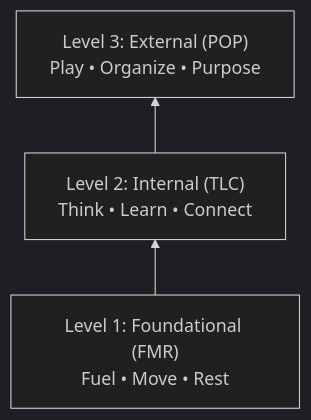
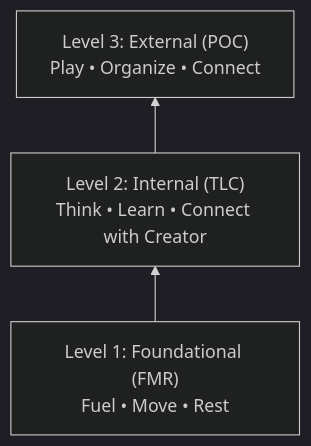
One commit to craigmart/SystemizedHealth changed the diagram in SOPs/Systemized OS Framework.md. Above: the diagram before and after it, drawn with Mermaid (dark theme). The commit also changed other lines of this file and 12 other files, not shown here.

````diff
--- a/SOPs/Systemized OS Framework.md
+++ b/SOPs/Systemized OS Framework.md
@@ -21,9 +21,9 @@
 ```mermaid
 graph BT
     L1["Level 1: Foundational (FMR)<br/>Fuel • Move • Rest"]
-    L2["Level 2: Internal (TLC)<br/>Think • Learn • Connect"]
-    L3["Level 3: External (POP)<br/>Play • Organize • Purpose"]
+    L2["Level 2: Internal (TLC)<br/>Think • Learn • Connect with Creator"]
+    L3["Level 3: External (POC)<br/>Play • Organize • Connect"]
 
     L1 --> L2
     L2 --> L3
 ```
````
